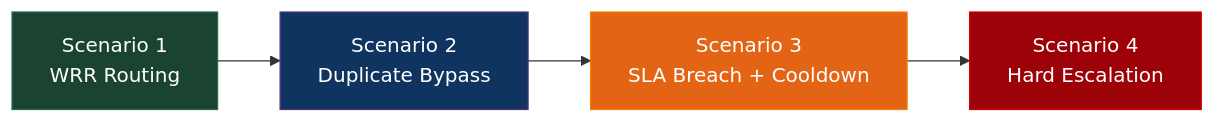
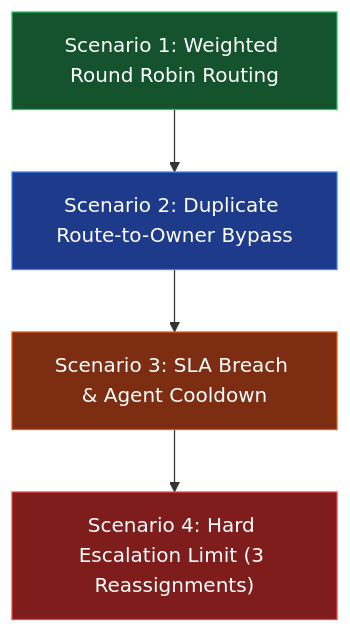
One commit to vanrajsinh650/LeadFlow changed the sixth of 6 diagrams in README.md. Above: the diagram before and after it, drawn with Mermaid. The commit also changed other lines of this file, not shown here.

Commit message:
Reformat and simplify all README.md mermaid diagrams for readability

````diff
--- a/README.md
+++ b/README.md
@@ -354,11 +269,11 @@
 ```mermaid
-flowchart LR
-    T1["Scenario 1\nWRR Routing"] --> T2["Scenario 2\nDuplicate Bypass"]
-    T2 --> T3["Scenario 3\nSLA Breach + Cooldown"]
-    T3 --> T4["Scenario 4\nHard Escalation"]
+flowchart TD
+    T1["Scenario 1: Weighted Round Robin Routing"] --> T2["Scenario 2: Duplicate Route-to-Owner Bypass"]
+    T2 --> T3["Scenario 3: SLA Breach & Agent Cooldown"]
+    T3 --> T4["Scenario 4: Hard Escalation Limit (3 Reassignments)"]
 
-    style T1 fill:#1b4332,stroke:#2d6a4f,color:#fff
-    style T2 fill:#0f3460,stroke:#533483,color:#fff
-    style T3 fill:#e36414,stroke:#f77f00,color:#fff
-    style T4 fill:#9d0208,stroke:#d00000,color:#fff
+    style T1 fill:#14532d,stroke:#22c55e,color:#fff
+    style T2 fill:#1e3a8a,stroke:#3b82f6,color:#fff
+    style T3 fill:#7c2d12,stroke:#ea580c,color:#fff
+    style T4 fill:#7f1d1d,stroke:#ef4444,color:#fff
 ```
````
